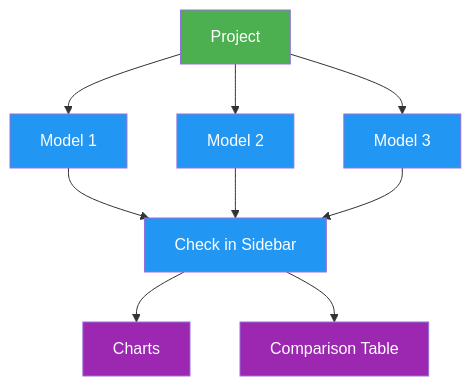
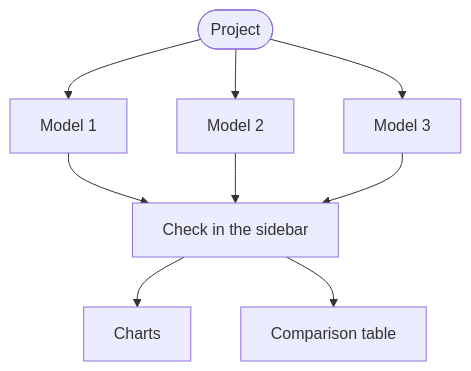
Before and after one commit to ultralytics/ultralytics: the diagram in docs/en/platform/train/projects.md, drawn with Mermaid. The commit also changed 20 other files, not shown here.

First line of the commit message:
Migrate docs Mermaid diagrams to the unified design system

````diff
--- a/docs/en/platform/train/projects.md
+++ b/docs/en/platform/train/projects.md
@@ -13,15 +13,11 @@
 ```mermaid
-graph TB
-    P[Project]:::start --> M1[Model 1]:::proc
-    P --> M2[Model 2]:::proc
-    P --> M3[Model 3]:::proc
-    M1 --> S[Check in Sidebar]:::proc
+flowchart TD
+    P([Project]) --> M1[Model 1]
+    P --> M2[Model 2]
+    P --> M3[Model 3]
+    M1 --> S[Check in the sidebar]
     M2 --> S
     M3 --> S
-    S --> C[Charts]:::out
-    S --> T[Comparison Table]:::out
-
-    classDef start fill:#4CAF50,color:#fff
-    classDef proc fill:#2196F3,color:#fff
-    classDef out fill:#9C27B0,color:#fff
+    S --> C[Charts]
+    S --> T[Comparison table]
 ```
````
